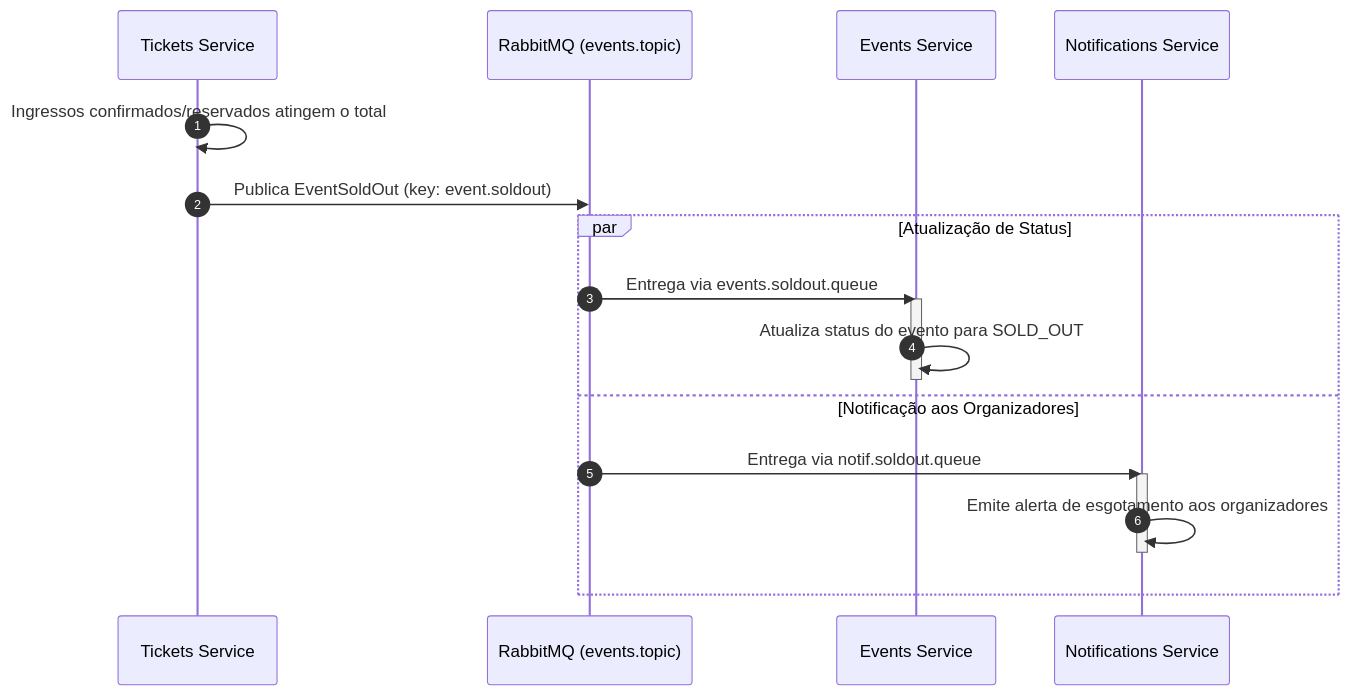
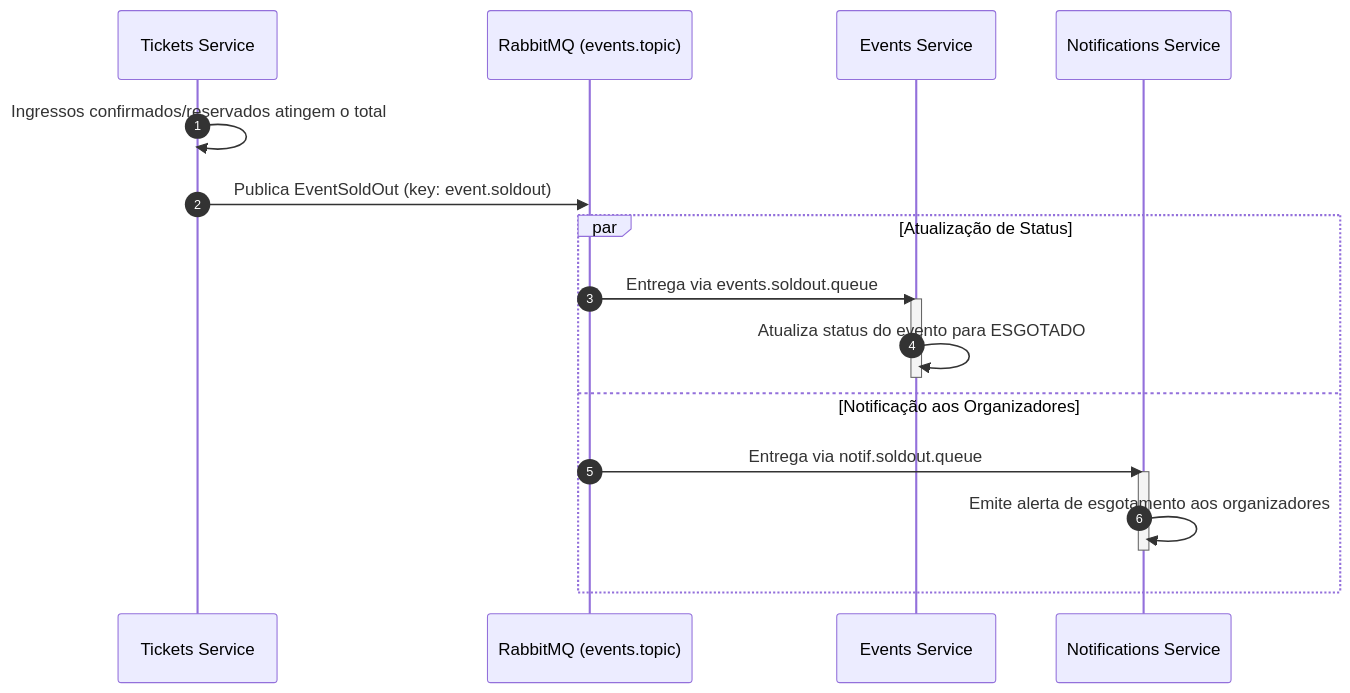
Before and after one commit to mathcolombo/eda-trabalho-eventos: the fourth of 5 diagrams in documentation/architecture.md, drawn with Mermaid. The commit also changed other lines of this file and 1 other file, not shown here.

````diff
--- a/documentation/architecture.md
+++ b/documentation/architecture.md
@@ -195,23 +247,24 @@
 ```mermaid
 sequenceDiagram
     autonumber
     participant Tickets as Tickets Service
     participant Rabbit as RabbitMQ (events.topic)
     participant Events as Events Service
     participant Notif as Notifications Service
 
     Tickets->>Tickets: Ingressos confirmados/reservados atingem o total
     Tickets->>Rabbit: Publica EventSoldOut (key: event.soldout)
 
     par Atualização de Status
         Rabbit->>Events: Entrega via events.soldout.queue
         activate Events
-        Events->>Events: Atualiza status do evento para SOLD_OUT
+        Events->>Events: Atualiza status do evento para ESGOTADO
         deactivate Events
     and Notificação aos Organizadores
         Rabbit->>Notif: Entrega via notif.soldout.queue
         activate Notif
         Notif->>Notif: Emite alerta de esgotamento aos organizadores
         deactivate Notif
     end
+
 ```
````
